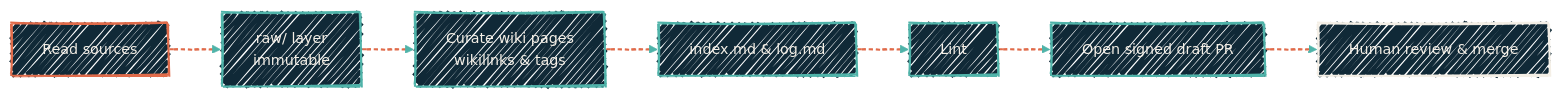
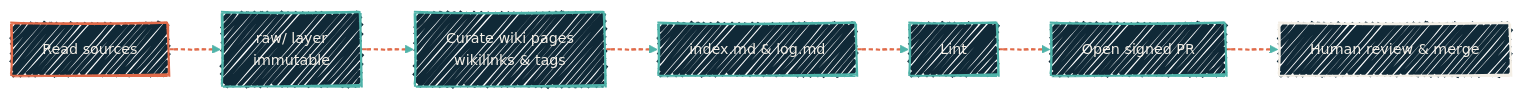
Before and after one commit to dryvist/docs: the second of 3 diagrams in autonomous-agents/hermes-agent.mdx, drawn with Mermaid. The commit also changed other lines of this file and 23 other files, not shown here.

````diff
--- a/autonomous-agents/hermes-agent.mdx
+++ b/autonomous-agents/hermes-agent.mdx
@@ -150,21 +150,21 @@
 ```mermaid
 %%{init:
   {'theme':'base','look':'handDrawn','themeVariables':{'fontFamily':'Geist','fontSize':'14px','primaryColor':'#102937','primaryTextColor':'#F4EFE6','primaryBorderColor':'#4FB3A9','lineColor':'#4FB3A9','secondaryColor':'#0B1D2A','tertiaryColor':'#1A2A38','clusterBkg':'rgba(79,179,169,0.08)','clusterBorder':'#4FB3A9'}}}%%
   flowchart LR
   Sources[Read sources] --> Raw[raw/ layer<br>immutable]
   Raw --> Curate[Curate wiki pages<br>wikilinks & tags]
   Curate --> Index[index.md & log.md]
   Index --> Lint[Lint]
-  Lint --> PR[Open signed draft PR]
+  Lint --> PR[Open signed PR]
   PR --> Review[Human review & merge]
 
   classDef src  fill:#102937,stroke:#E06B4A,stroke-width:2px,color:#F4EFE6;
   classDef hop  fill:#102937,stroke:#4FB3A9,stroke-width:2px,color:#F4EFE6;
   classDef sink fill:#102937,stroke:#F4EFE6,stroke-width:2px,color:#F4EFE6;
 
   class Sources src
   class Raw,Curate,Index,Lint,PR hop
   class Review sink
 
   linkStyle 0,1,2,3,4,5 stroke:#E06B4A,stroke-width:2px,stroke-dasharray:4 3;
 ```
````
